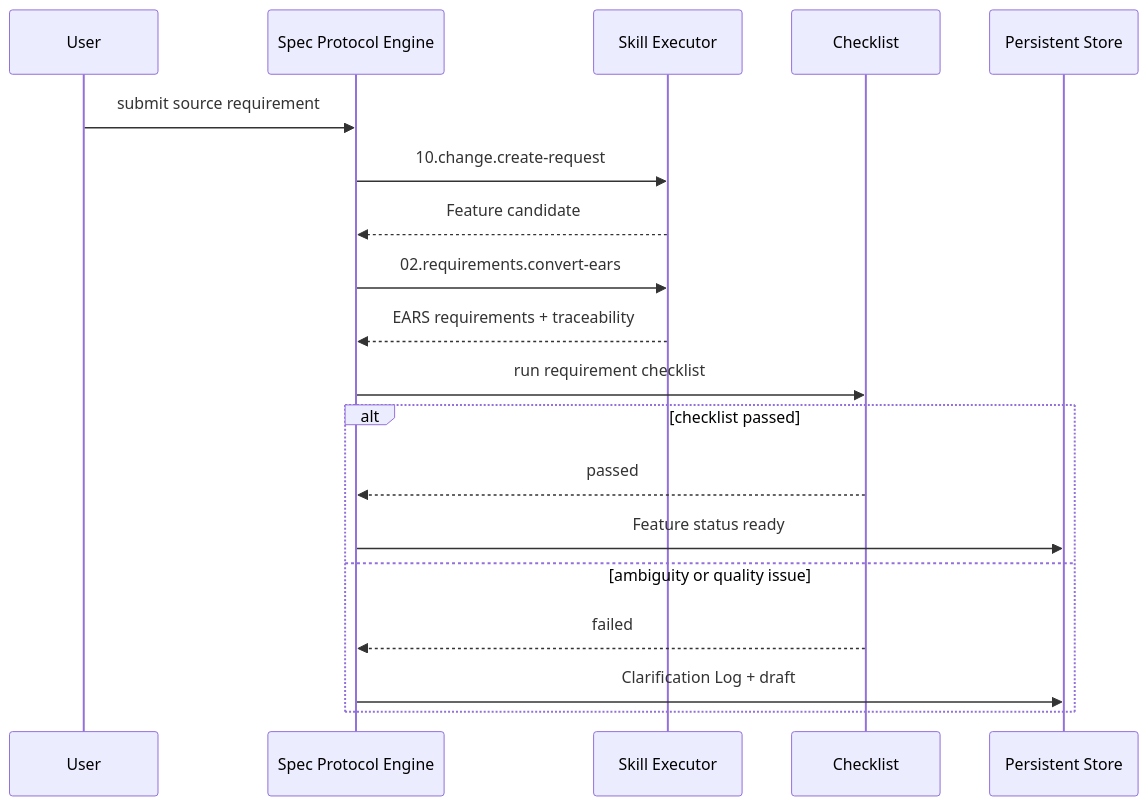
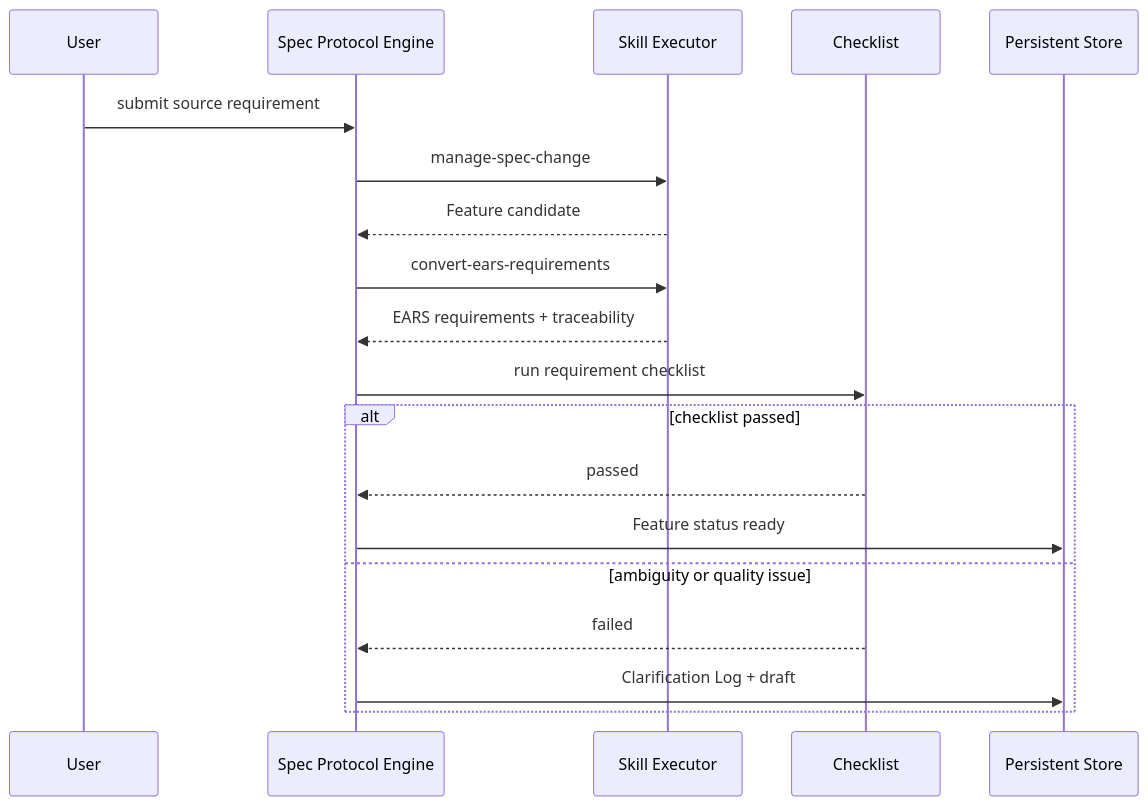
One commit to songcojp/agentic-spec-driven-auto-build changed the third of 13 diagrams in docs/zh-CN/design.md. Above: the diagram before and after it, drawn with Mermaid. The commit also changed other lines of this file and 232 other files, not shown here.

````diff
--- a/docs/zh-CN/design.md
+++ b/docs/zh-CN/design.md
@@ -1136,22 +1136,22 @@
 ```mermaid
 sequenceDiagram
   participant U as User
   participant S as Spec Protocol Engine
   participant K as Skill Executor
   participant C as Checklist
   participant Store as Persistent Store
 
   U->>S: submit source requirement
-  S->>K: 10.change.create-request
+  S->>K: manage-spec-change
   K-->>S: Feature candidate
-  S->>K: 02.requirements.convert-ears
+  S->>K: convert-ears-requirements
   K-->>S: EARS requirements + traceability
   S->>C: run requirement checklist
   alt checklist passed
     C-->>S: passed
     S->>Store: Feature status ready
   else ambiguity or quality issue
     C-->>S: failed
     S->>Store: Clarification Log + draft
   end
 ```
````
